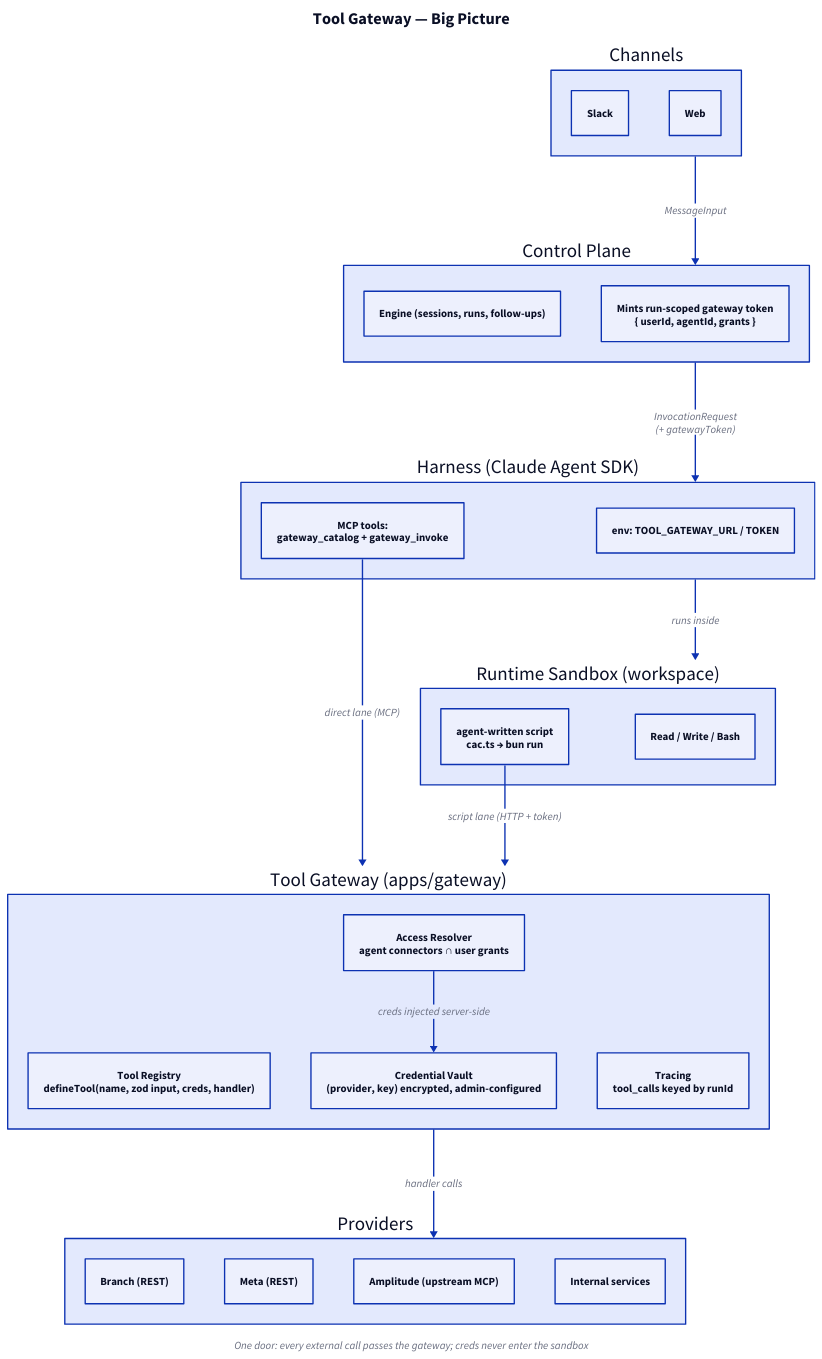
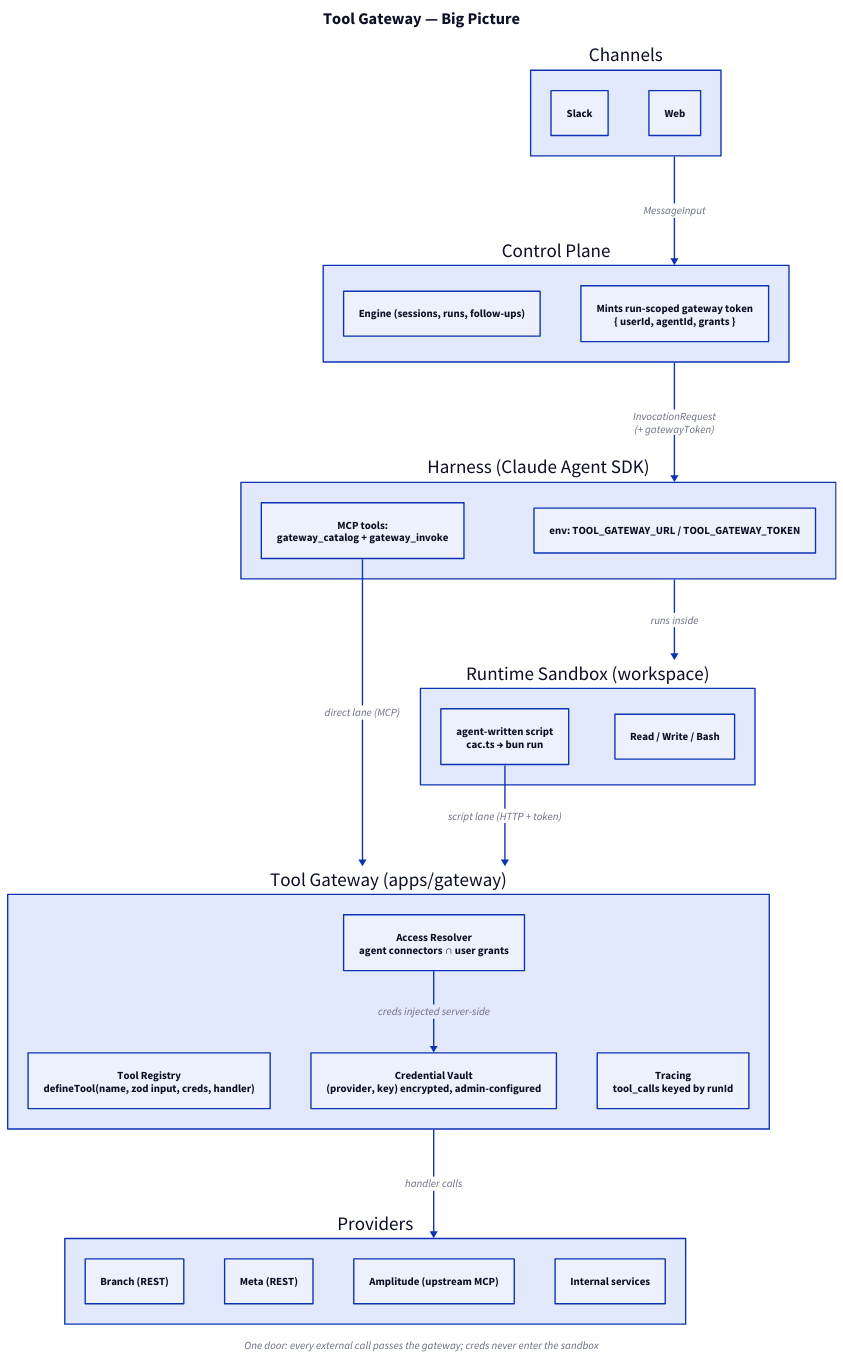
The diagram in docs/diagrams/gateway-layers.d2 (MSR806/FlooAgents), drawn with D2 before and after one commit. The commit also changed 15 other files, not shown here.

```diff
--- a/docs/diagrams/gateway-layers.d2
+++ b/docs/diagrams/gateway-layers.d2
@@ -1,56 +1,56 @@
 direction: down
 
 title: Tool Gateway — Big Picture {
   near: top-center
   shape: text
   style.font-size: 24
   style.bold: true
 }
 
 channels: Channels {
   slack: Slack
   web: Web
 }
 
 cp: Control Plane {
   engine: "Engine (sessions, runs, follow-ups)"
   token: "Mints run-scoped gateway token\n{ userId, agentId, grants }"
 }
 
 harness: Harness (Claude Agent SDK) {
   mcp: "MCP tools:\ngateway_catalog + gateway_invoke"
-  env: "env: TOOL_GATEWAY_URL / TOKEN"
+  env: "env: TOOL_GATEWAY_URL / TOOL_GATEWAY_TOKEN"
 }
 
 runtime: Runtime Sandbox (workspace) {
   script: "agent-written script\ncac.ts → bun run"
   builtin: "Read / Write / Bash"
 }
 
 gw: Tool Gateway (apps/gateway) {
   registry: "Tool Registry\ndefineTool(name, zod input, creds, handler)"
   access: "Access Resolver\nagent connectors ∩ user grants"
   vault: "Credential Vault\n(provider, key) encrypted, admin-configured"
   trace: "Tracing\ntool_calls keyed by runId"
 }
 
 providers: Providers {
   branch: "Branch (REST)"
   meta: "Meta (REST)"
   amplitude: "Amplitude (upstream MCP)"
   internal: "Internal services"
 }
 
 channels -> cp: MessageInput
 cp -> harness: "InvocationRequest\n(+ gatewayToken)"
 harness -> runtime: runs inside
 harness.mcp -> gw: "direct lane (MCP)"
 runtime.script -> gw: "script lane (HTTP + token)"
 gw.access -> gw.vault: "creds injected server-side"
 gw -> providers: "handler calls"
 
 note: "One door: every external call passes the gateway; creds never enter the sandbox" {
   near: bottom-center
   shape: text
   style.italic: true
 }
```
